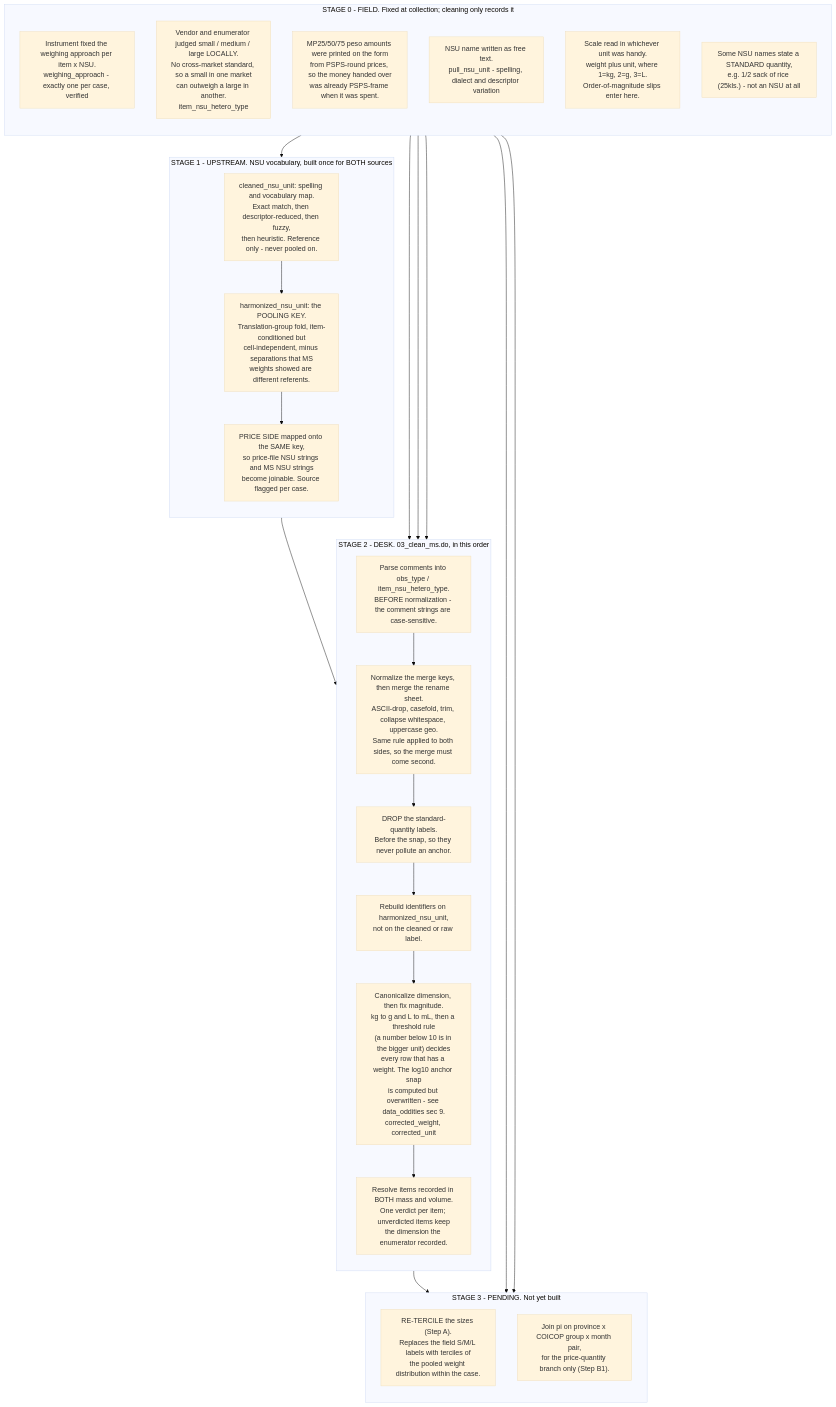
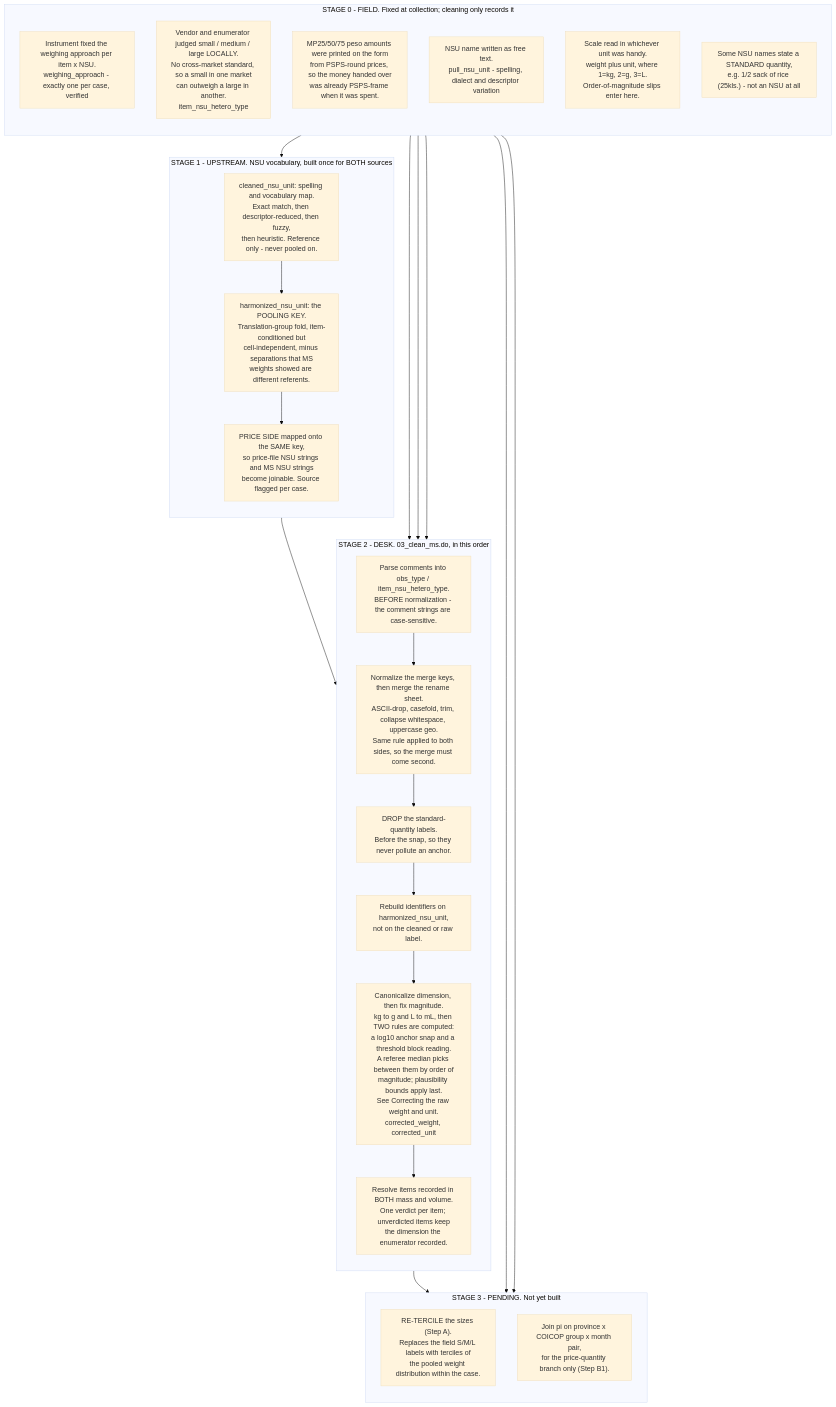
Before and after one commit to Shineyang03/nsu-market-survey-cleaning: the second of 2 diagrams in docs/conversion_factor_methodology.md, drawn with Mermaid (base theme). The commit also changed other lines of this file and 1 other file, not shown here.

````diff
--- a/docs/conversion_factor_methodology.md
+++ b/docs/conversion_factor_methodology.md
@@ -152,46 +152,46 @@
 ```mermaid
 flowchart TB
     subgraph FIELD["STAGE 0 - FIELD. Fixed at collection; cleaning only records it"]
         direction TB
         F1["Instrument fixed the weighing approach per item x NSU.<br/>weighing_approach - exactly one per case, verified"]
         F2["Vendor and enumerator judged small / medium / large LOCALLY.<br/>No cross-market standard, so a small in one market<br/>can outweigh a large in another.<br/>item_nsu_hetero_type"]
         F3["MP25/50/75 peso amounts were printed on the form<br/>from PSPS-round prices, so the money handed over<br/>was already PSPS-frame when it was spent."]
         F4["NSU name written as free text.<br/>pull_nsu_unit - spelling, dialect and descriptor variation"]
         F5["Scale read in whichever unit was handy.<br/>weight plus unit, where 1=kg, 2=g, 3=L.<br/>Order-of-magnitude slips enter here."]
         F6["Some NSU names state a STANDARD quantity,<br/>e.g. 1/2 sack of rice (25kls.) - not an NSU at all"]
     end
 
     subgraph UP["STAGE 1 - UPSTREAM. NSU vocabulary, built once for BOTH sources"]
         direction TB
         U1["cleaned_nsu_unit: spelling and vocabulary map.<br/>Exact match, then descriptor-reduced, then fuzzy,<br/>then heuristic. Reference only - never pooled on."]
         U2["harmonized_nsu_unit: the POOLING KEY.<br/>Translation-group fold, item-conditioned but<br/>cell-independent, minus separations that MS<br/>weights showed are different referents."]
         U3["PRICE SIDE mapped onto the SAME key,<br/>so price-file NSU strings and MS NSU strings<br/>become joinable. Source flagged per case."]
         U1 --> U2 --> U3
     end
 
     subgraph DESK["STAGE 2 - DESK. 03_clean_ms.do, in this order"]
         direction TB
         D1["Parse comments into obs_type / item_nsu_hetero_type.<br/>BEFORE normalization - the comment strings are case-sensitive."]
         D2["Normalize the merge keys, then merge the rename sheet.<br/>ASCII-drop, casefold, trim, collapse whitespace, uppercase geo.<br/>Same rule applied to both sides, so the merge must come second."]
         D3["DROP the standard-quantity labels.<br/>Before the snap, so they never pollute an anchor."]
         D4["Rebuild identifiers on harmonized_nsu_unit,<br/>not on the cleaned or raw label."]
-        D5["Canonicalize dimension, then fix magnitude.<br/>kg to g and L to mL, then a threshold rule<br/>(a number below 10 is in the bigger unit) decides<br/>every row that has a weight. The log10 anchor snap<br/>is computed but overwritten - see data_oddities sec 9.<br/>corrected_weight, corrected_unit"]
+        D5["Canonicalize dimension, then fix magnitude.<br/>kg to g and L to mL, then TWO rules are computed:<br/>a log10 anchor snap and a threshold block reading.<br/>A referee median picks between them by order of<br/>magnitude; plausibility bounds apply last.<br/>See Correcting the raw weight and unit.<br/>corrected_weight, corrected_unit"]
         D6["Resolve items recorded in BOTH mass and volume.<br/>One verdict per item; unverdicted items keep<br/>the dimension the enumerator recorded."]
         D1 --> D2 --> D3 --> D4 --> D5 --> D6
     end
 
     subgraph PEND["STAGE 3 - PENDING. Not yet built"]
         direction TB
         P1["RE-TERCILE the sizes (Step A).<br/>Replaces the field S/M/L labels with terciles of<br/>the pooled weight distribution within the case."]
         P2["Join pi on province x COICOP group x month pair,<br/>for the price-quantity branch only (Step B1)."]
     end
 
     F4 --> U1
     F6 --> D3
     F5 --> D5
     U3 --> D2
     F1 --> D1
     D6 --> P1
     F2 --> P1
     F3 --> P2
 ```
````
